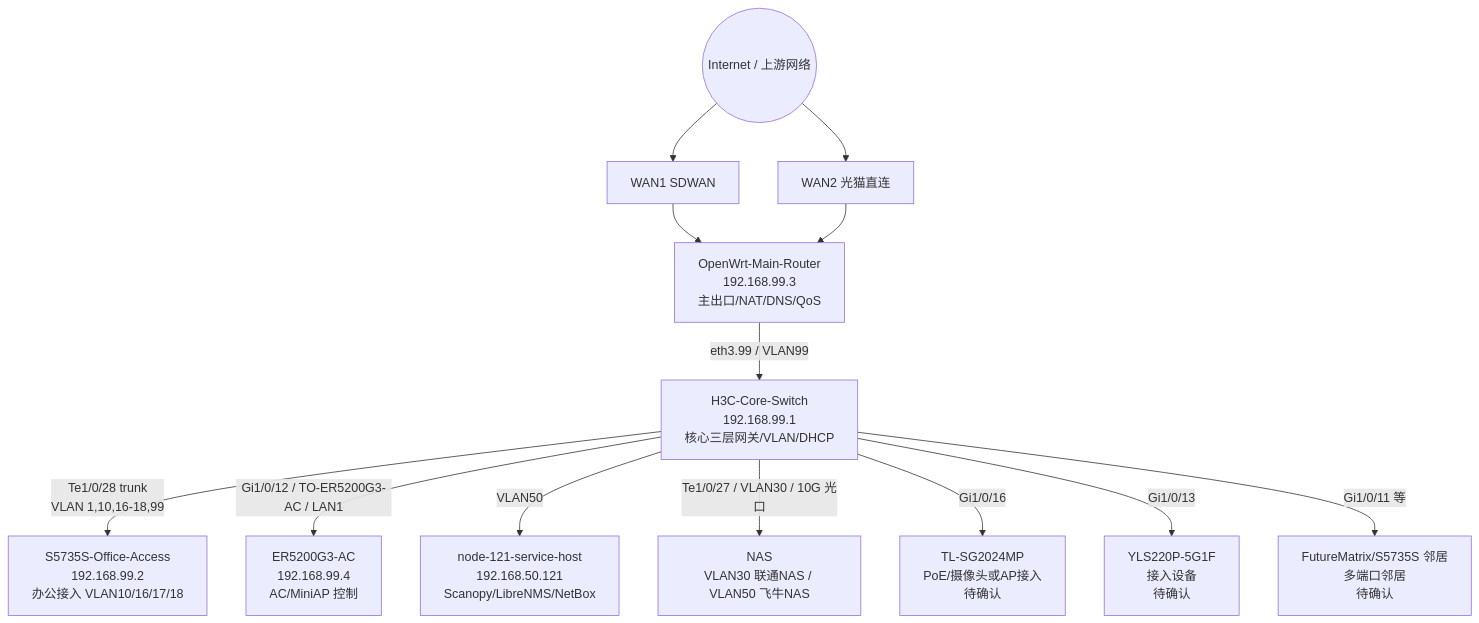
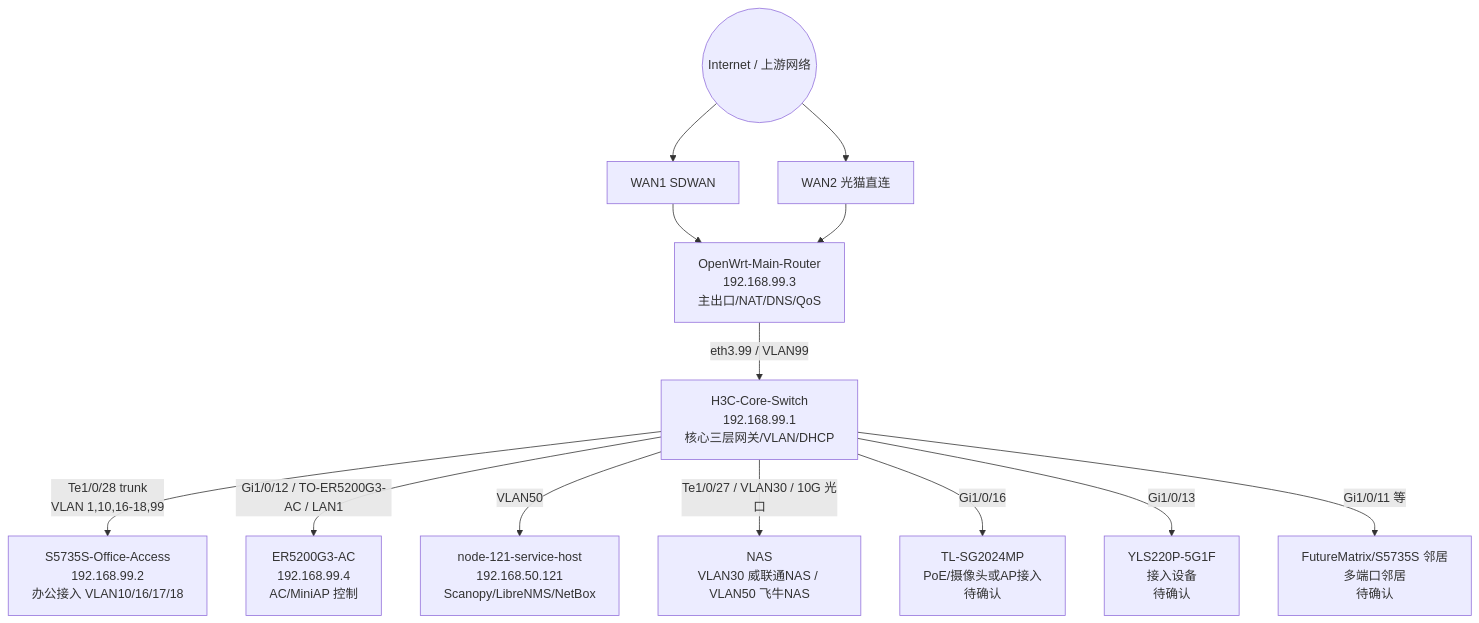
One commit to xinping7841/ops-skills-xinping changed the diagram in codex-skills/shenlan-ops/references/shenlan-network-topology.md. Above: the diagram before and after it, drawn with Mermaid. The commit also changed other lines of this file and 3 other files, not shown here.

````diff
--- a/codex-skills/shenlan-ops/references/shenlan-network-topology.md
+++ b/codex-skills/shenlan-ops/references/shenlan-network-topology.md
@@ -44,26 +44,26 @@
 ```mermaid
 flowchart TB
   Internet((Internet / 上游网络))
   WAN1[WAN1 SDWAN]
   WAN2[WAN2 光猫直连]
   OpenWrt[OpenWrt-Main-Router<br/>192.168.99.3<br/>主出口/NAT/DNS/QoS]
   H3C[H3C-Core-Switch<br/>192.168.99.1<br/>核心三层网关/VLAN/DHCP]
   S5735[S5735S-Office-Access<br/>192.168.99.2<br/>办公接入 VLAN10/16/17/18]
   ER[ER5200G3-AC<br/>192.168.99.4<br/>AC/MiniAP 控制]
   Node121[node-121-service-host<br/>192.168.50.121<br/>Scanopy/LibreNMS/NetBox]
-  NAS[NAS<br/>VLAN30 联通NAS / VLAN50 飞牛NAS]
+  NAS[NAS<br/>VLAN30 威联通NAS / VLAN50 飞牛NAS]
   PoE[TL-SG2024MP<br/>PoE/摄像头或AP接入<br/>待确认]
   YLS[YLS220P-5G1F<br/>接入设备<br/>待确认]
   Future[FutureMatrix/S5735S 邻居<br/>多端口邻居<br/>待确认]
 
   Internet --> WAN1 --> OpenWrt
   Internet --> WAN2 --> OpenWrt
   OpenWrt -- eth3.99 / VLAN99 --> H3C
   H3C -- Te1/0/28 trunk<br/>VLAN 1,10,16-18,99 --> S5735
   H3C -- Gi1/0/12 / TO-ER5200G3-AC / LAN1 --> ER
   H3C -- VLAN50 --> Node121
   H3C -- Te1/0/27 / VLAN30 / 10G 光口 --> NAS
   H3C -- Gi1/0/16 --> PoE
   H3C -- Gi1/0/13 --> YLS
   H3C -- Gi1/0/11 等 --> Future
 ```
````
